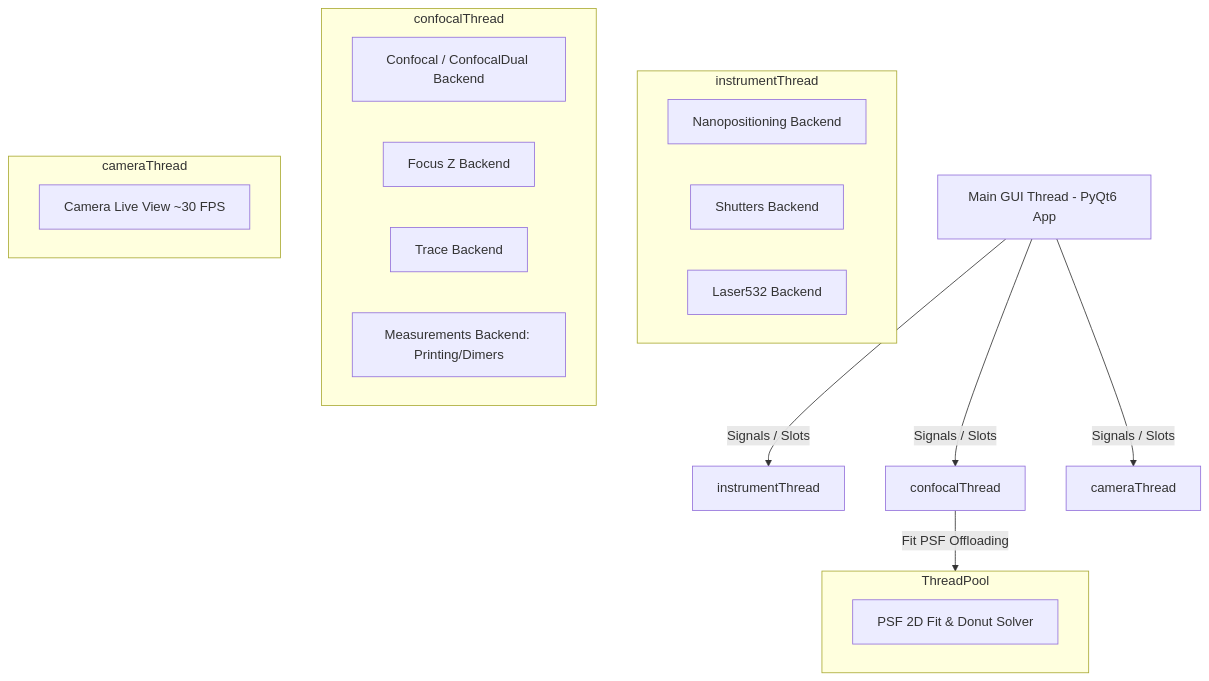
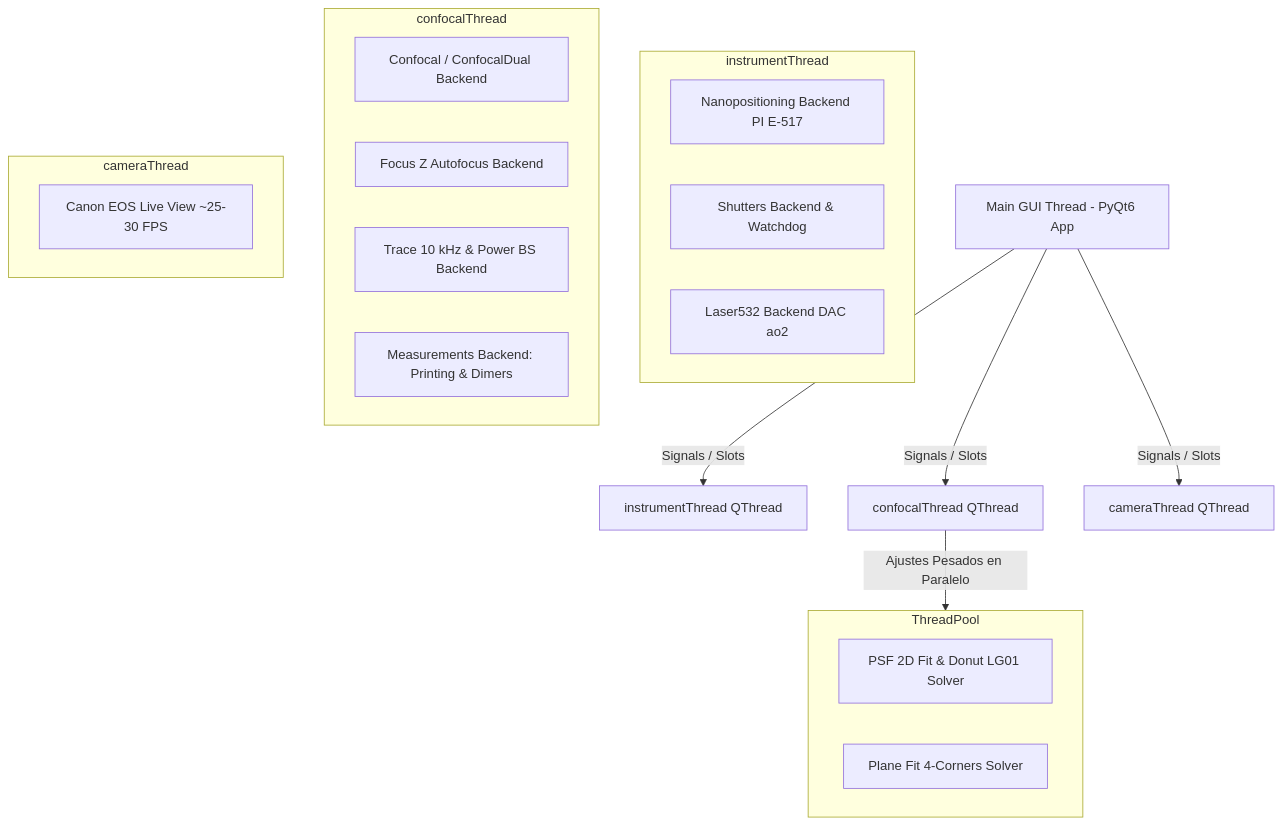
One commit to joselitog1999/pyprinting_3.0 changed the diagram in README.md. Above: the diagram before and after it, drawn with Mermaid. The commit also changed other lines of this file and 14 other files, not shown here.

````diff
--- a/README.md
+++ b/README.md
@@ -145,28 +154,29 @@
 ```mermaid
 graph TD
-    GUI[Main GUI Thread - PyQt6 App] -->|Signals / Slots| InstrumentThread[instrumentThread]
-    GUI -->|Signals / Slots| ConfocalThread[confocalThread]
-    GUI -->|Signals / Slots| CameraThread[cameraThread]
-    ConfocalThread -->|Fit PSF Offloading| ThreadPool[ThreadPoolExecutor]
+    GUI[Main GUI Thread - PyQt6 App] -->|Signals / Slots| InstrumentThread[instrumentThread QThread]
+    GUI -->|Signals / Slots| ConfocalThread[confocalThread QThread]
+    GUI -->|Signals / Slots| CameraThread[cameraThread QThread]
+    ConfocalThread -->|Ajustes Pesados en Paralelo| ThreadPool[ThreadPoolExecutor]
 
     subgraph instrumentThread
-        nanoWorker[Nanopositioning Backend]
-        shuttersWorker[Shutters Backend]
-        laserBackend[Laser532 Backend]
+        nanoWorker[Nanopositioning Backend PI E-517]
+        shuttersWorker[Shutters Backend & Watchdog]
+        laserBackend[Laser532 Backend DAC ao2]
     end
 
     subgraph confocalThread
         confocalWorker[Confocal / ConfocalDual Backend]
-        focusWorker[Focus Z Backend]
-        traceWorker[Trace Backend]
-        measWorker[Measurements Backend: Printing/Dimers]
+        focusWorker[Focus Z Autofocus Backend]
+        traceWorker[Trace 10 kHz & Power BS Backend]
+        measWorker[Measurements Backend: Printing & Dimers]
     end
 
     subgraph cameraThread
-        cameraWorker[Camera Live View ~30 FPS]
+        cameraWorker[Canon EOS Live View ~25-30 FPS]
     end
 
     subgraph ThreadPool
-        psfWorker[PSF 2D Fit & Donut Solver]
+        psfWorker[PSF 2D Fit & Donut LG01 Solver]
+        tiltWorker[Plane Fit 4-Corners Solver]
     end
 ```
````
